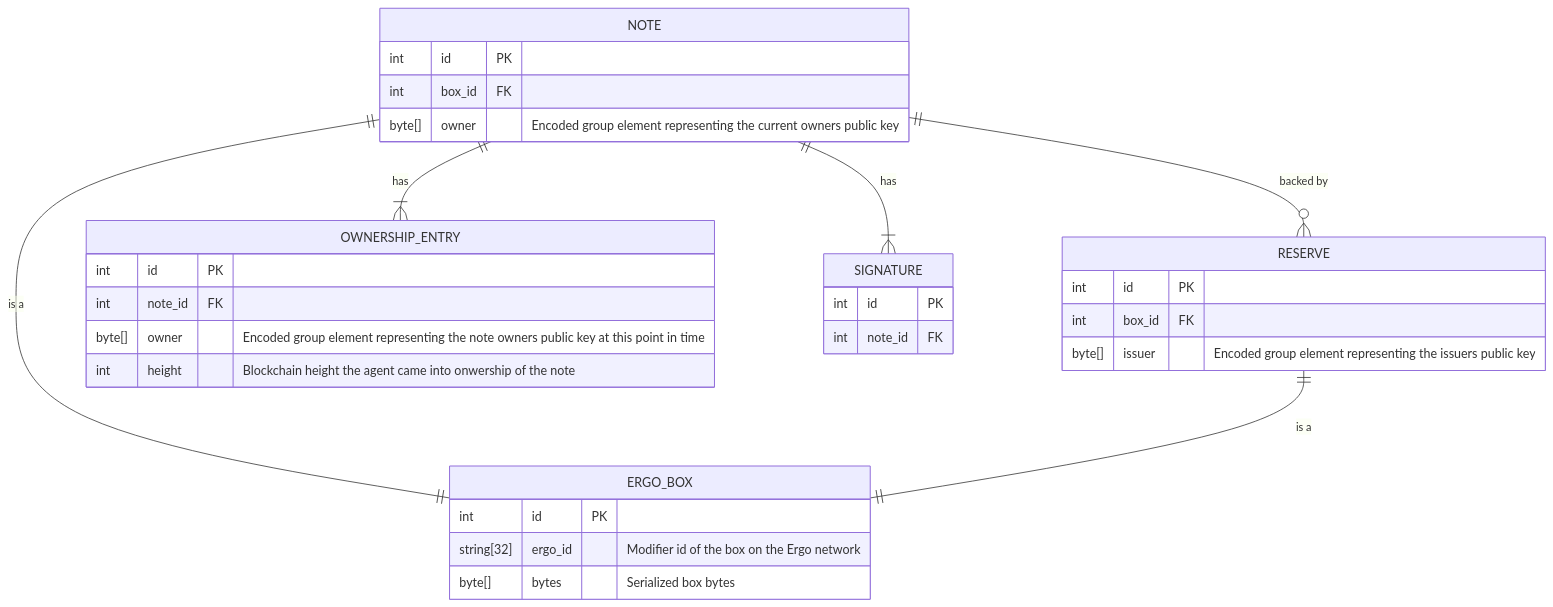
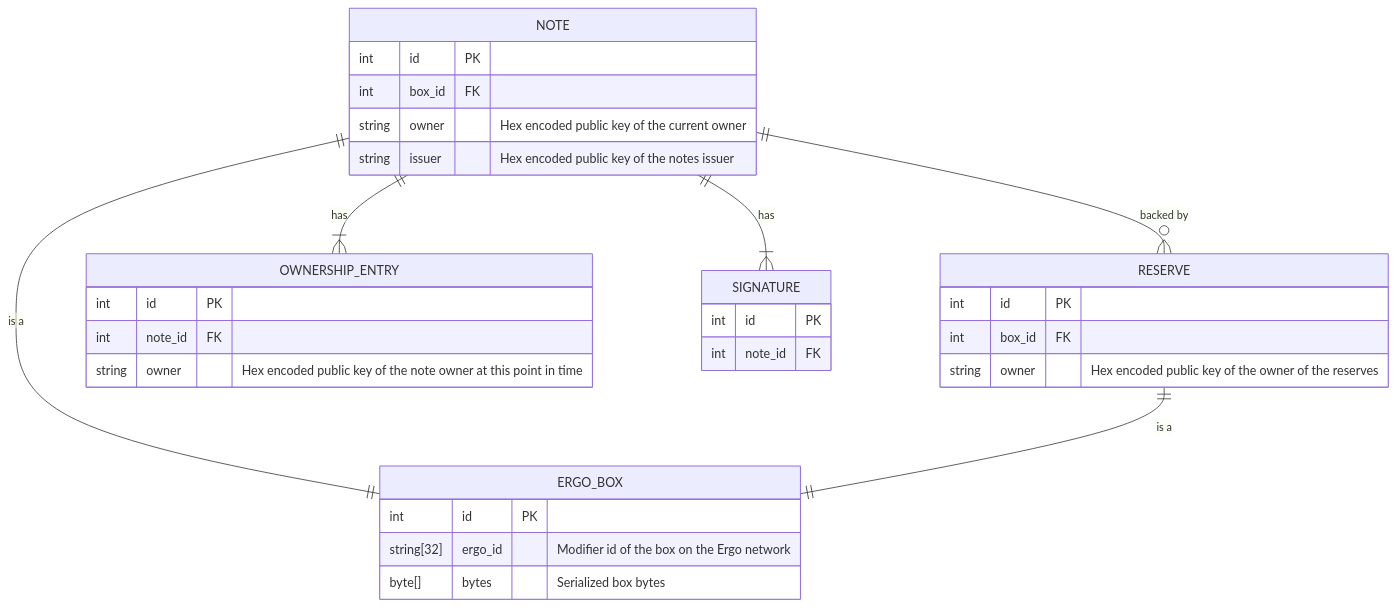
The diagram in docs/MODEL.md (ChainCashLabs/chaincash-rs), drawn with Mermaid before and after one commit. The commit also changed 7 other files, not shown here.

````diff
--- a/docs/MODEL.md
+++ b/docs/MODEL.md
@@ -5,33 +5,33 @@
 ```mermaid
 erDiagram
     NOTE {
         int id PK
         int box_id FK
-        byte[] owner "Encoded group element representing the current owners public key"
+        string owner "Hex encoded public key of the current owner"
+        string issuer "Hex encoded public key of the notes issuer"
     }
     RESERVE {
         int id PK
         int box_id FK
-        byte[] issuer "Encoded group element representing the issuers public key"
+        string owner "Hex encoded public key of the owner of the reserves"
     }
     ERGO_BOX {
         int id PK
         string[32] ergo_id "Modifier id of the box on the Ergo network"
         byte[] bytes "Serialized box bytes"
     }
     OWNERSHIP_ENTRY {
         int id PK
         int note_id FK
-        byte[] owner "Encoded group element representing the note owners public key at this point in time"
-        int height "Blockchain height the agent came into onwership of the note"
+        string owner "Hex encoded public key of the note owner at this point in time"
     }
     SIGNATURE {
         int id PK
         int note_id FK
     }
     NOTE ||--o{ RESERVE : "backed by"
     NOTE ||--|{ OWNERSHIP_ENTRY : "has"
     NOTE ||--|{ SIGNATURE : "has"
     NOTE ||--|| ERGO_BOX : "is a"
     RESERVE ||--|| ERGO_BOX : "is a"
 ```
````
